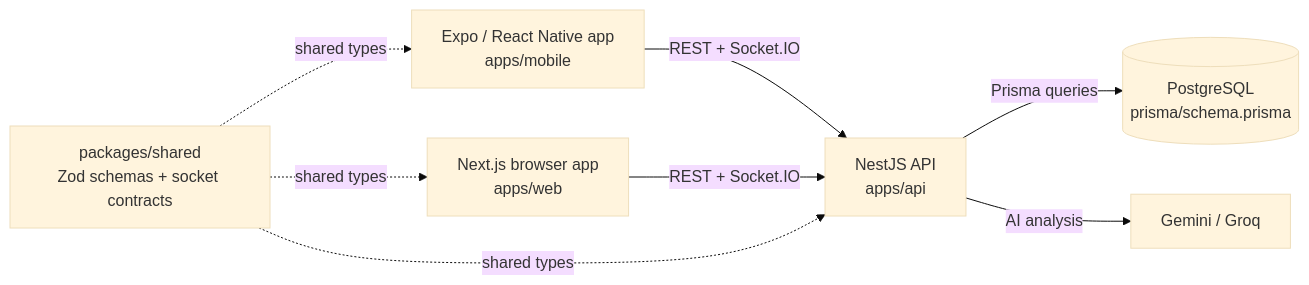
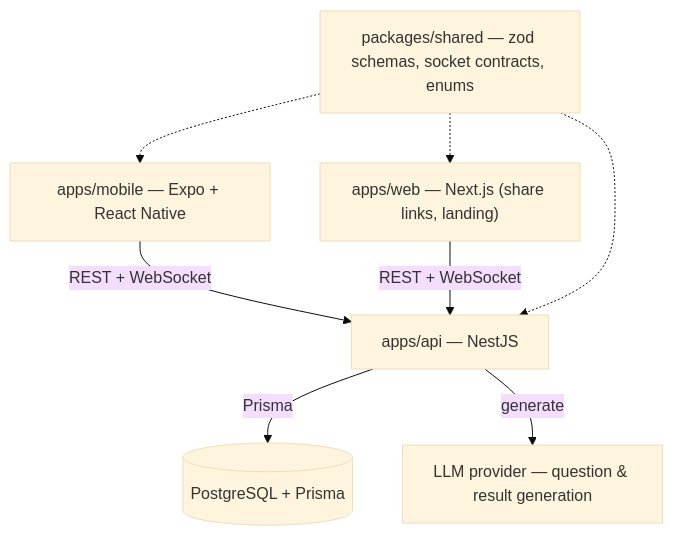
One commit to Parvsharma04/you-i changed the diagram in README.md. Above: the diagram before and after it, drawn with Mermaid (base theme). The commit also changed other lines of this file and 12 other files, not shown here.

````diff
--- a/README.md
+++ b/README.md
@@ -77,10 +69,17 @@
 ```mermaid
-flowchart LR
-    Mobile["Expo / React Native app\napps/mobile"] -->|REST + Socket.IO| API["NestJS API\napps/api"]
-    Web["Next.js browser app\napps/web"] -->|REST + Socket.IO| API
-    API -->|Prisma queries| DB[("PostgreSQL\nprisma/schema.prisma")]
-    API -->|AI analysis| LLM["Gemini / Groq"]
-    Shared["packages/shared\nZod schemas + socket contracts"] -. shared types .-> API
-    Shared -. shared types .-> Mobile
-    Shared -. shared types .-> Web
+graph TD
+    Mobile["apps/mobile — Expo + React Native"]
+    Web["apps/web — Next.js (share links, landing)"]
+    API["apps/api — NestJS"]
+    DB[("PostgreSQL + Prisma")]
+    LLM["LLM provider — question & result generation"]
+    Shared["packages/shared — zod schemas, socket contracts, enums"]
+
+    Mobile -- REST + WebSocket --> API
+    Web -- REST + WebSocket --> API
+    API -- Prisma --> DB
+    API -- generate --> LLM
+    Shared -.-> Mobile
+    Shared -.-> Web
+    Shared -.-> API
 ```
````
